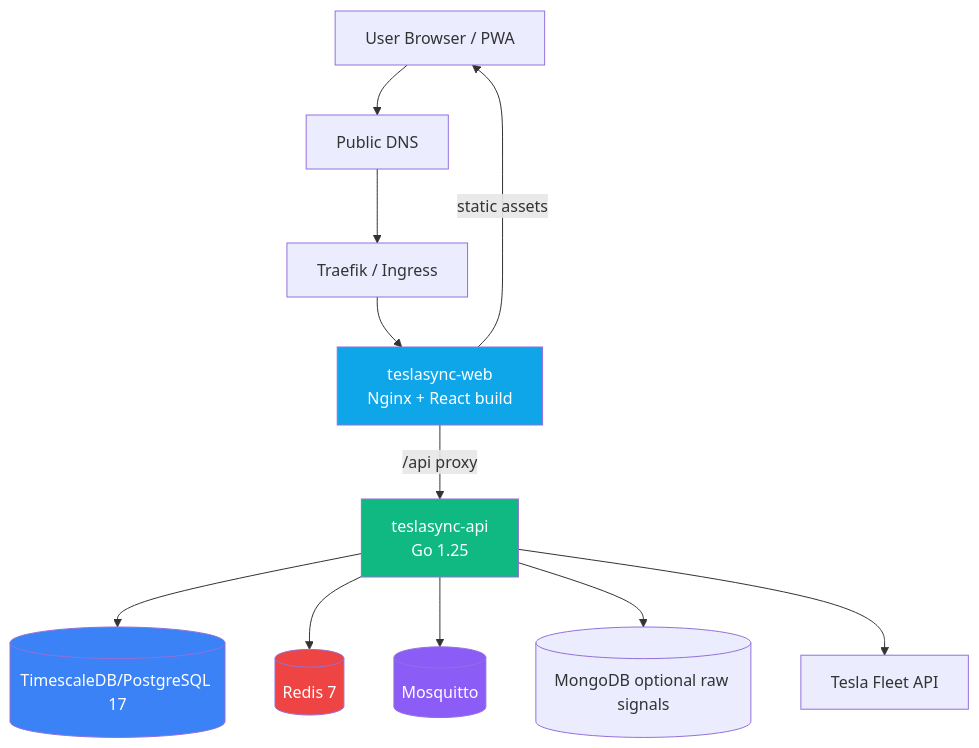
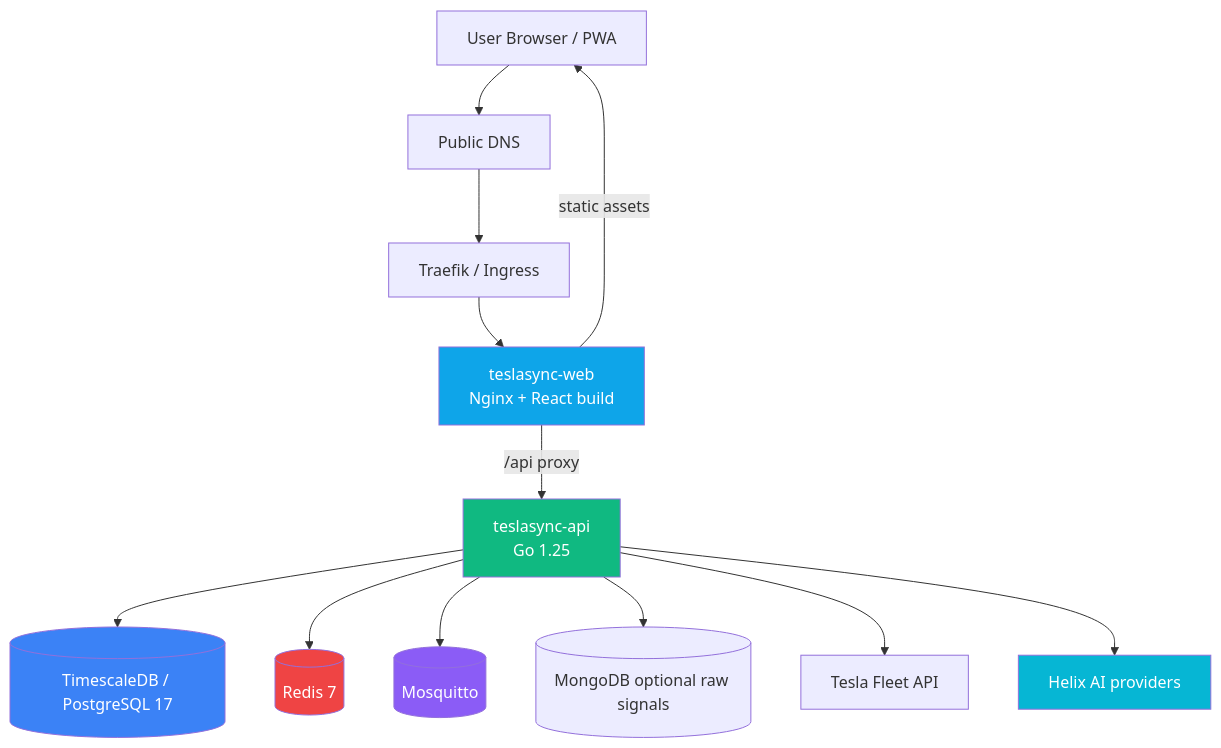
One commit to ev-dev-labs/teslasync changed the first of 8 diagrams in docs/guide/diagrams.md. Above: the diagram before and after it, drawn with Mermaid. The commit also changed other lines of this file and 35 other files, not shown here.

````diff
--- a/docs/guide/diagrams.md
+++ b/docs/guide/diagrams.md
@@ -7,19 +7,21 @@
 ```mermaid
 graph TB
     User[User Browser / PWA] --> DNS[Public DNS]
     DNS --> Traefik[Traefik / Ingress]
     Traefik --> Web[teslasync-web<br/>Nginx + React build]
     Web -->|static assets| User
     Web -->|/api proxy| API[teslasync-api<br/>Go 1.25]
-    API --> PG[(TimescaleDB/PostgreSQL 17)]
+    API --> PG[(TimescaleDB / PostgreSQL 17)]
     API --> Redis[(Redis 7)]
     API --> MQTT[(Mosquitto)]
     API --> Mongo[(MongoDB optional raw signals)]
     API --> Tesla[Tesla Fleet API]
+    API --> Helix[Helix AI providers]
 
     style Web fill:#0ea5e9,color:#fff
     style API fill:#10b981,color:#fff
     style PG fill:#3b82f6,color:#fff
     style Redis fill:#ef4444,color:#fff
     style MQTT fill:#8b5cf6,color:#fff
+    style Helix fill:#06b6d4,color:#fff
 ```
````
